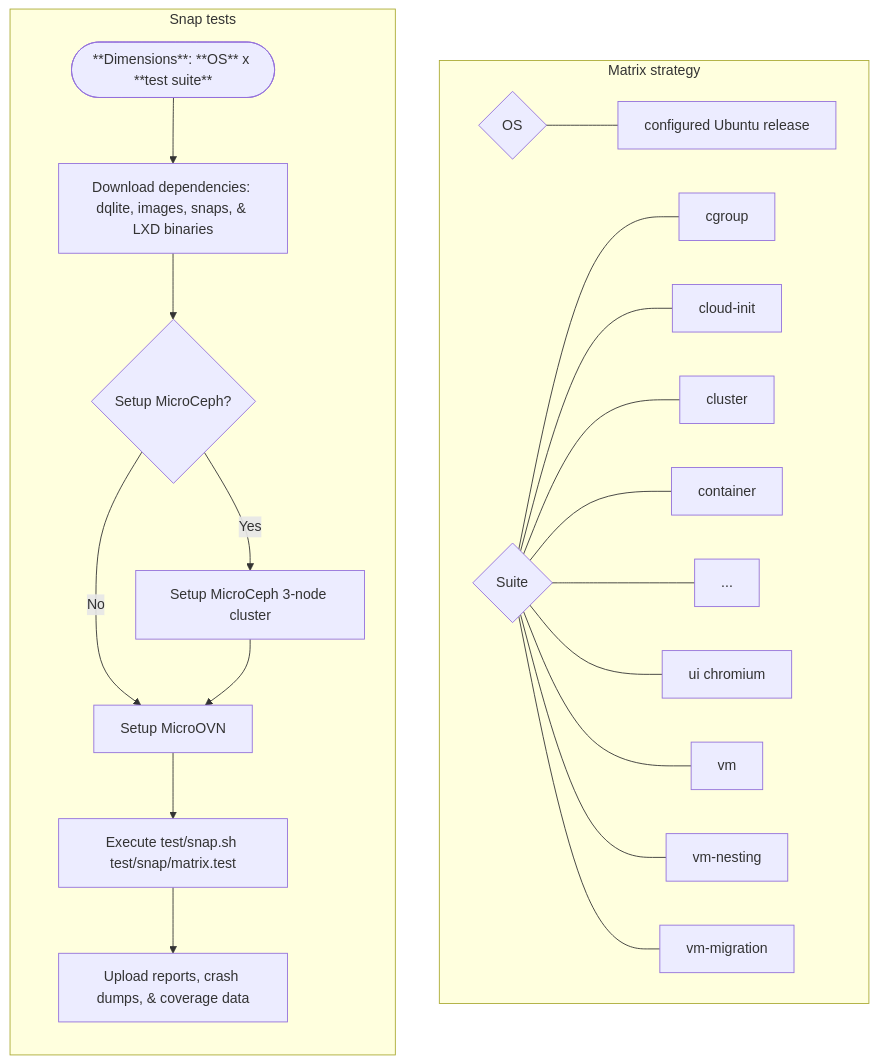
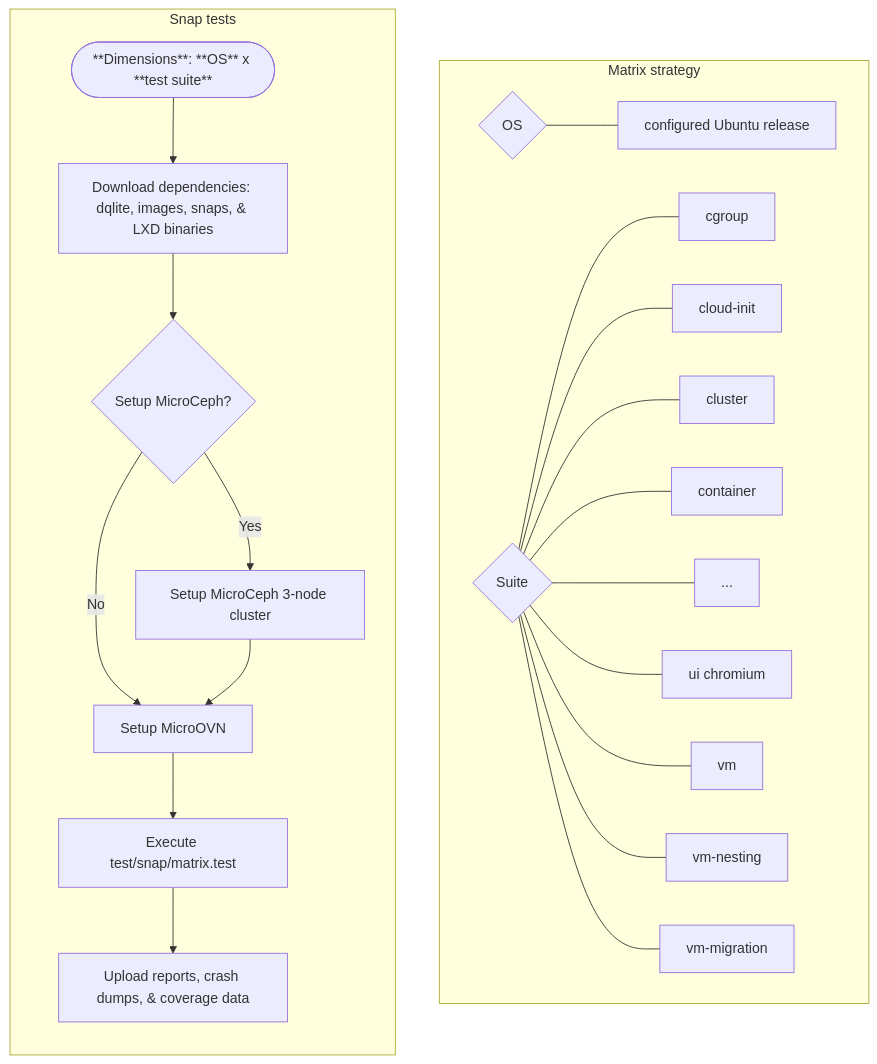
One commit to canonical/lxd changed the fourth of 5 diagrams in test/overview.md. Above: the diagram before and after it, drawn with Mermaid. The commit also changed other lines of this file and 45 other files, not shown here.

First line of the commit message:
test/snap: make individual scripts directly callable

````diff
--- a/test/overview.md
+++ b/test/overview.md
@@ -125,33 +125,33 @@
 ```mermaid
 graph TD
     subgraph ST_Matrix [Matrix strategy]
         direction LR
         O_Node{OS}
         S_Node{Suite}
 
         O_Node --- O1[configured Ubuntu release]
 
         S_Node --- S1[cgroup]
         S_Node --- S2[cloud-init]
         S_Node --- S3[cluster]
         S_Node --- S4[container]
         S_Node --- S5_36[...]
         S_Node --- S37[ui chromium]
         S_Node --- S38[vm]
         S_Node --- S39[vm-nesting]
         S_Node --- S40[vm-migration]
     end
     subgraph ST [Snap tests]
         direction TB
         Start(["**Dimensions**: **OS** x **test suite**"]) --> PullArtifacts[Download dependencies: dqlite, images, snaps, & LXD binaries]
 
         PullArtifacts --> InfraCheck{Setup MicroCeph?}
         InfraCheck -- Yes --> SetupCeph[Setup MicroCeph 3-node cluster]
         InfraCheck -- No --> SetupOVN[Setup MicroOVN]
         SetupCeph --> SetupOVN
 
-        SetupOVN --> ExecTest[Execute test/snap.sh test/snap/matrix.test]
+        SetupOVN --> ExecTest[Execute test/snap/matrix.test]
 
         ExecTest --> Uploads[Upload reports, crash dumps, & coverage data]
     end
 ```
````
